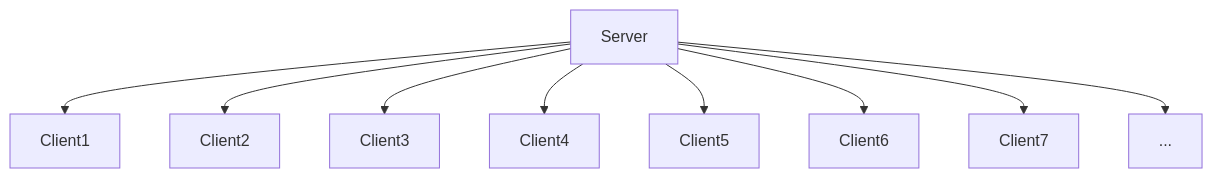
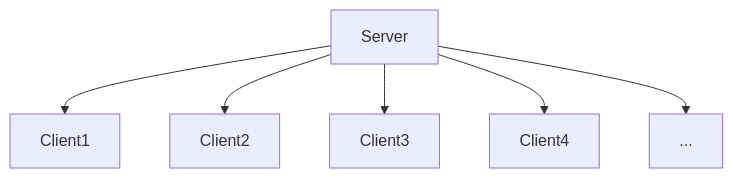
One commit to Sm4Z0n3/NovaRAT changed the diagram in README.md. Above: the diagram before and after it, drawn with Mermaid.

Commit message:
更新 README.md

````diff
--- a/README.md
+++ b/README.md
@@ -19,11 +19,8 @@
 ```mermaid
 graph TD;
     Server-->Client1;
     Server-->Client2;
     Server-->Client3;
     Server-->Client4;
-    Server-->Client5;
-    Server-->Client6;
-    Server-->Client7;
     Server-->...;
 ```
````
